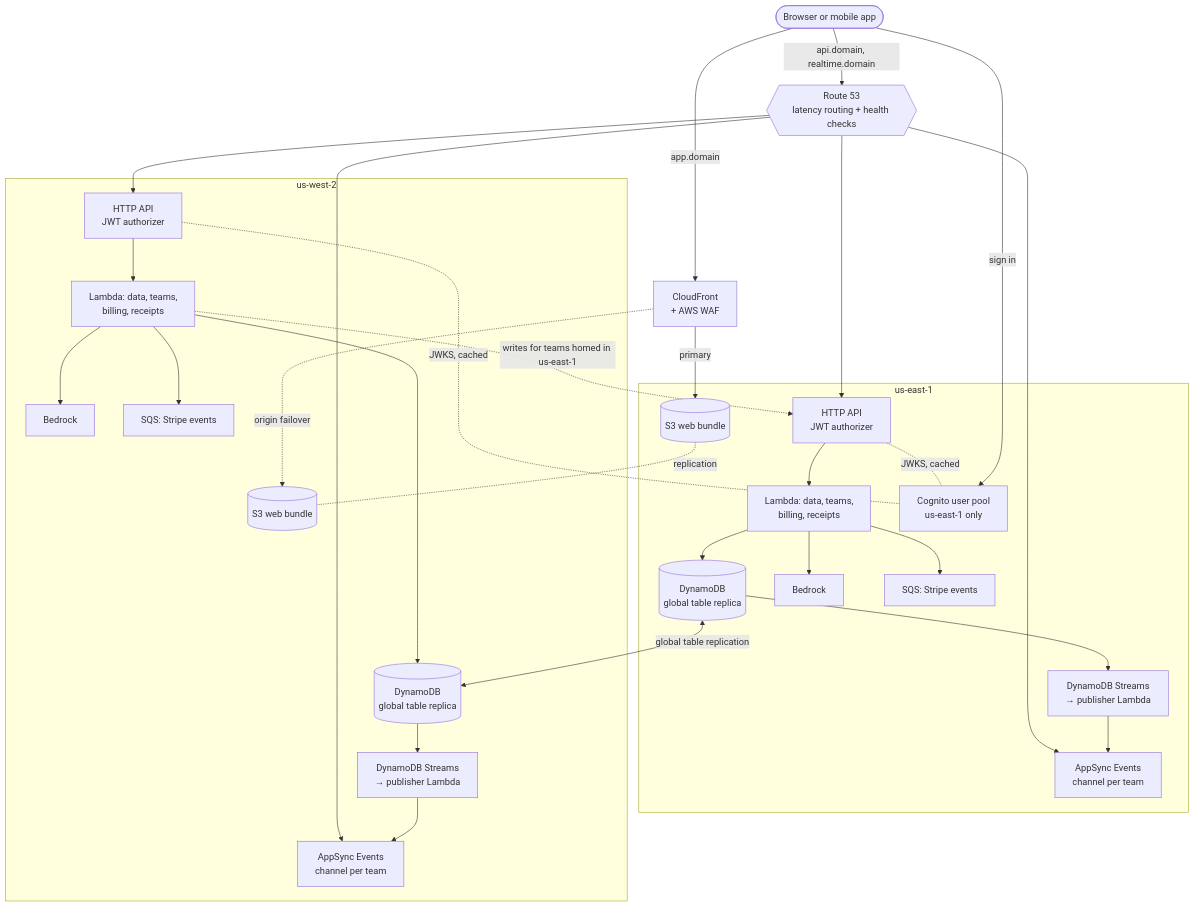
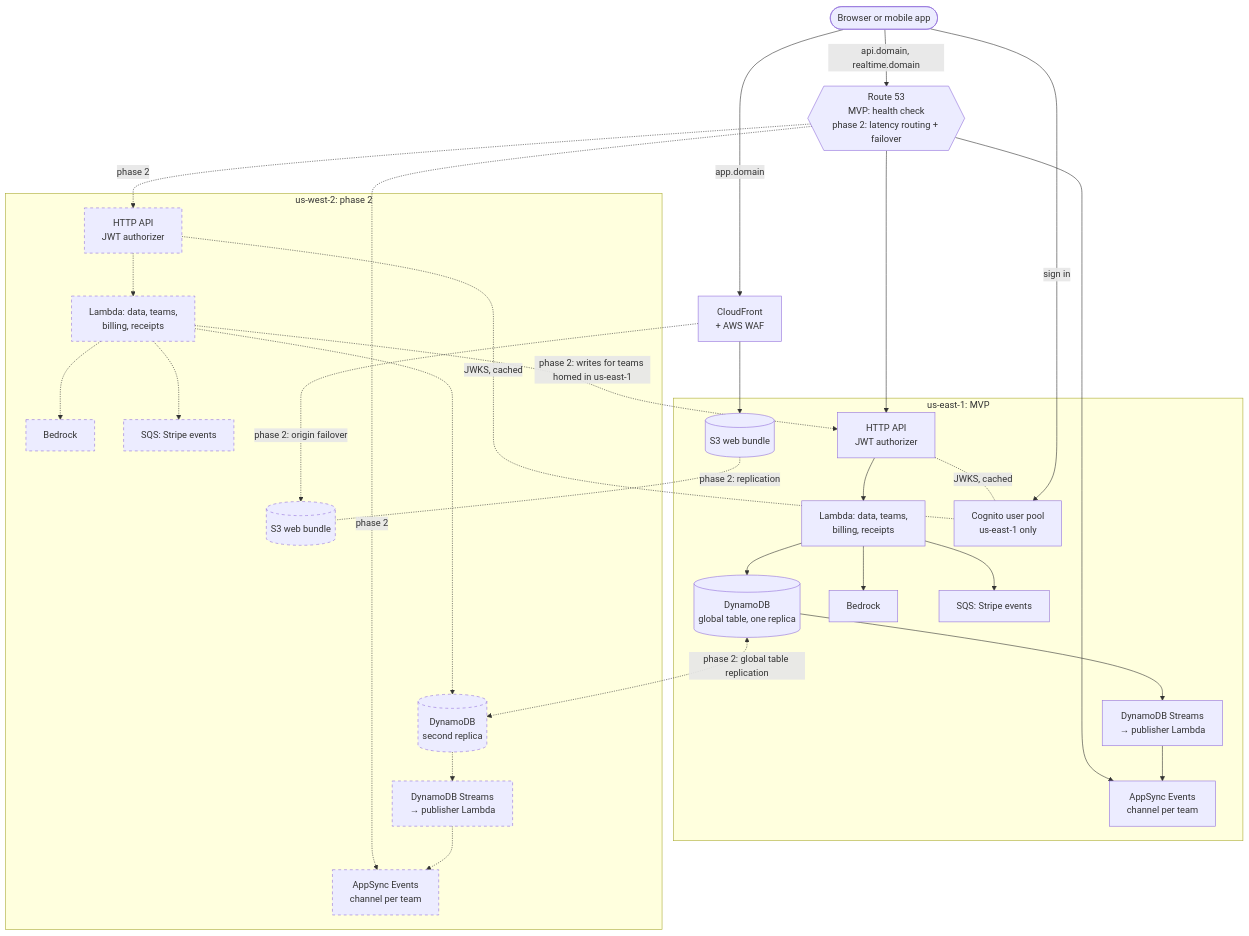
The second of 8 diagrams in docs/architecture/README.md (davetashner/supply-checkout), drawn with Mermaid before and after one commit. The commit also changed other lines of this file and 7 other files, not shown here.

First line of the commit message:
docs: run the MVP in one region, ready for a second (#19)

````diff
--- a/docs/architecture/README.md
+++ b/docs/architecture/README.md
@@ -43,56 +43,59 @@
 ```mermaid
 flowchart TB
   user([Browser or mobile app])
-  r53{{Route 53<br/>latency routing + health checks}}
+  r53{{Route 53<br/>MVP: health check<br/>phase 2: latency routing + failover}}
   cf[CloudFront<br/>+ AWS WAF]
 
   user -->|app.domain| cf
   user -->|api.domain, realtime.domain| r53
 
-  subgraph E[us-east-1]
+  subgraph E[us-east-1: MVP]
     s3e[(S3 web bundle)]
     apie[HTTP API<br/>JWT authorizer]
     lame[Lambda: data, teams,<br/>billing, receipts]
     evte[AppSync Events<br/>channel per team]
     streame[DynamoDB Streams<br/>→ publisher Lambda]
-    ddbe[(DynamoDB<br/>global table replica)]
+    ddbe[(DynamoDB<br/>global table, one replica)]
     cog[Cognito user pool<br/>us-east-1 only]
     bre[Bedrock]
     sqse[SQS: Stripe events]
   end
 
-  subgraph W[us-west-2]
+  subgraph W[us-west-2: phase 2]
     s3w[(S3 web bundle)]
     apiw[HTTP API<br/>JWT authorizer]
     lamw[Lambda: data, teams,<br/>billing, receipts]
     evtw[AppSync Events<br/>channel per team]
     streamw[DynamoDB Streams<br/>→ publisher Lambda]
-    ddbw[(DynamoDB<br/>global table replica)]
+    ddbw[(DynamoDB<br/>second replica)]
     brw[Bedrock]
     sqsw[SQS: Stripe events]
   end
 
-  cf -->|primary| s3e
-  cf -. origin failover .-> s3w
-  s3e -. replication .- s3w
+  cf --> s3e
+  cf -.->|phase 2: origin failover| s3w
+  s3e -.-|phase 2: replication| s3w
 
   r53 --> apie
-  r53 --> apiw
   r53 --> evte
-  r53 --> evtw
+  r53 -.->|phase 2| apiw
+  r53 -.->|phase 2| evtw
 
   apie --> lame --> ddbe
-  apiw --> lamw --> ddbw
+  apiw -.-> lamw -.-> ddbw
   lame --> bre
-  lamw --> brw
+  lamw -.-> brw
   lame --> sqse
-  lamw --> sqsw
-  ddbe <-->|global table replication| ddbw
+  lamw -.-> sqsw
+  ddbe <-.->|phase 2: global table replication| ddbw
   ddbe --> streame --> evte
-  ddbw --> streamw --> evtw
-  lamw -. writes for teams homed in us-east-1 .-> apie
+  ddbw -.-> streamw -.-> evtw
+  lamw -.->|phase 2: writes for teams homed in us-east-1| apie
 
   apie -. JWKS, cached .- cog
   apiw -. JWKS, cached .- cog
   user -->|sign in| cog
+
+  classDef later stroke-dasharray: 5 5
+  class s3w,apiw,lamw,evtw,streamw,ddbw,brw,sqsw later
 ```
````
